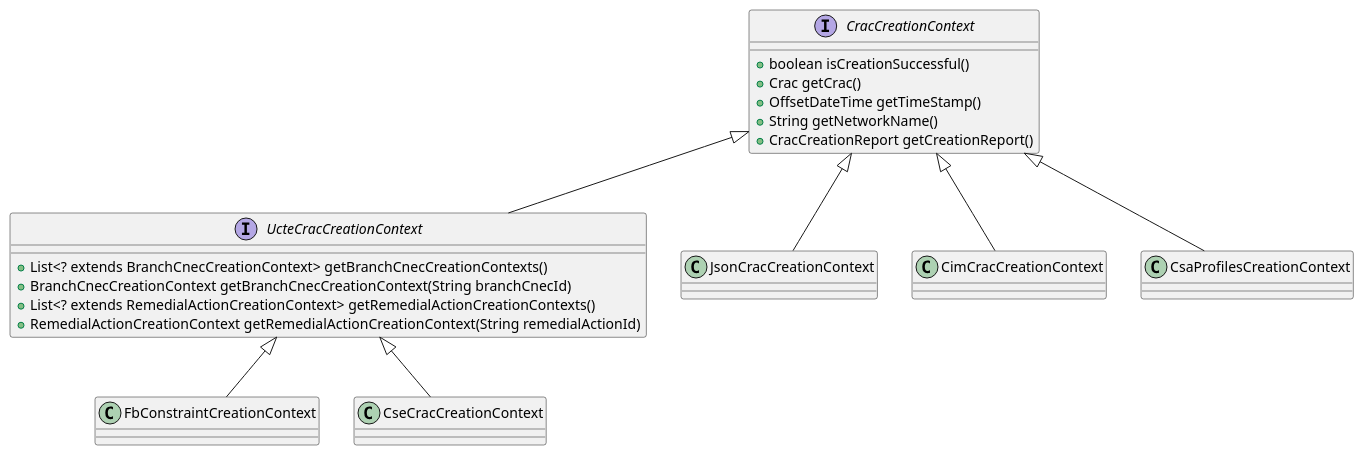
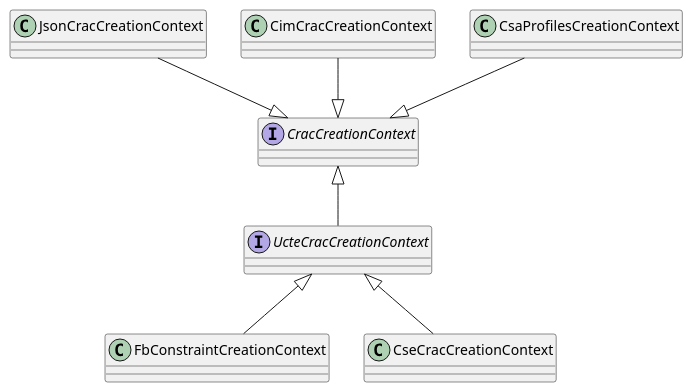
The first of 9 diagrams in docs/input-data/crac/creation-context.md (powsybl/powsybl-open-rao), drawn with PlantUML before and after one commit. The commit also changed other lines of this file and 40 other files, not shown here.

```diff
--- a/docs/input-data/crac/creation-context.md
+++ b/docs/input-data/crac/creation-context.md
@@ -26,26 +18,14 @@
 ~~~{plantuml}
+@startuml
+CracCreationContext <|-- UcteCracCreationContext
+JsonCracCreationContext --|> CracCreationContext
+CimCracCreationContext --|> CracCreationContext
+CsaProfilesCreationContext --|> CracCreationContext
+interface UcteCracCreationContext {
+}
 interface CracCreationContext {
-+ boolean isCreationSuccessful()
-+ Crac getCrac()
-+ OffsetDateTime getTimeStamp()
-+ String getNetworkName()
-+ CracCreationReport getCreationReport()
 }
-CracCreationContext <|-- UcteCracCreationContext
-CracCreationContext <|-- JsonCracCreationContext
-CracCreationContext <|-- CimCracCreationContext
-CracCreationContext <|-- CsaProfilesCreationContext
-
-
-interface UcteCracCreationContext {
-+ List<? extends BranchCnecCreationContext> getBranchCnecCreationContexts()
-+ BranchCnecCreationContext getBranchCnecCreationContext(String branchCnecId)
-+ List<? extends RemedialActionCreationContext> getRemedialActionCreationContexts()
-+ RemedialActionCreationContext getRemedialActionCreationContext(String remedialActionId)
-}
-
 UcteCracCreationContext <|-- FbConstraintCreationContext
 UcteCracCreationContext <|-- CseCracCreationContext
-
-
+@enduml
 ~~~
```
